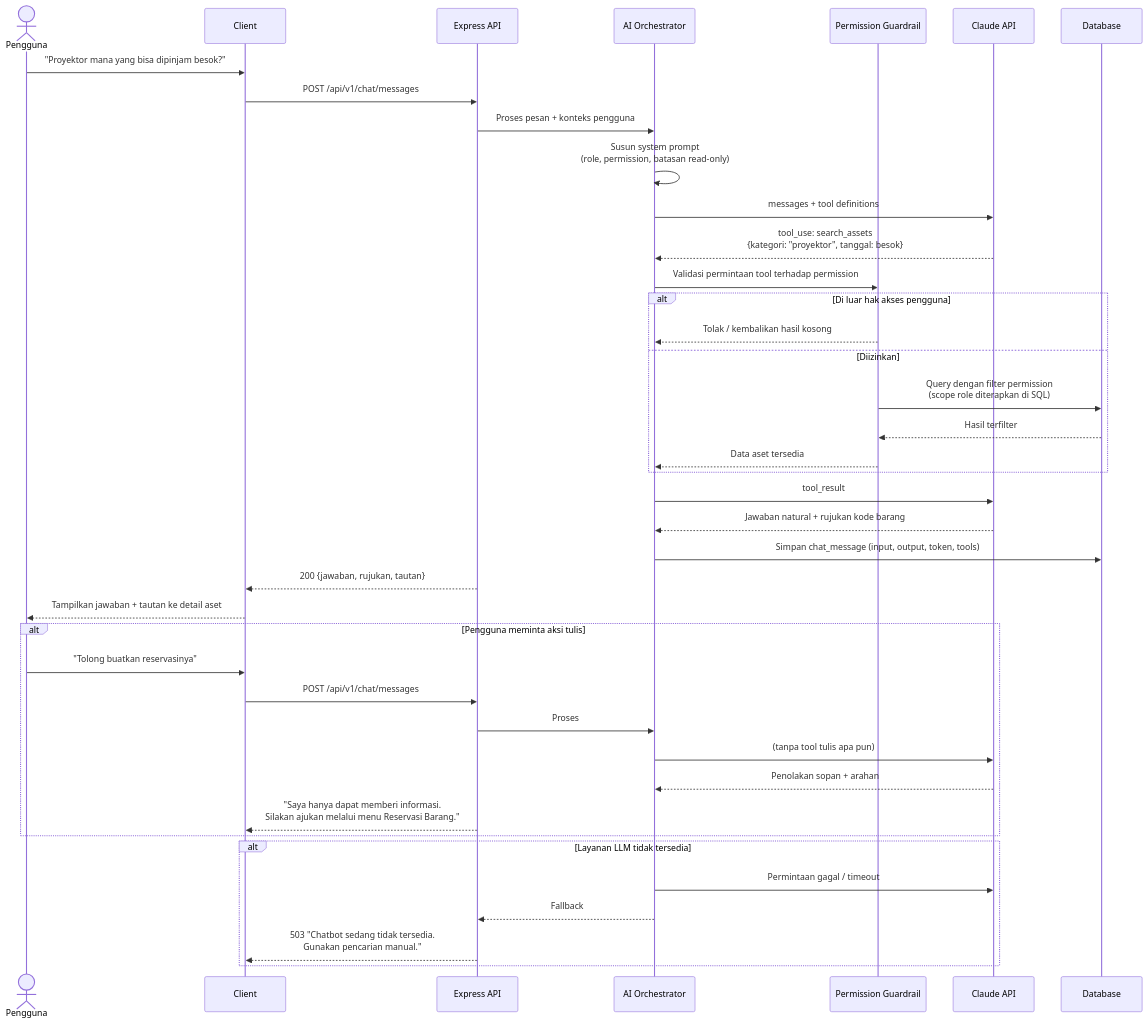
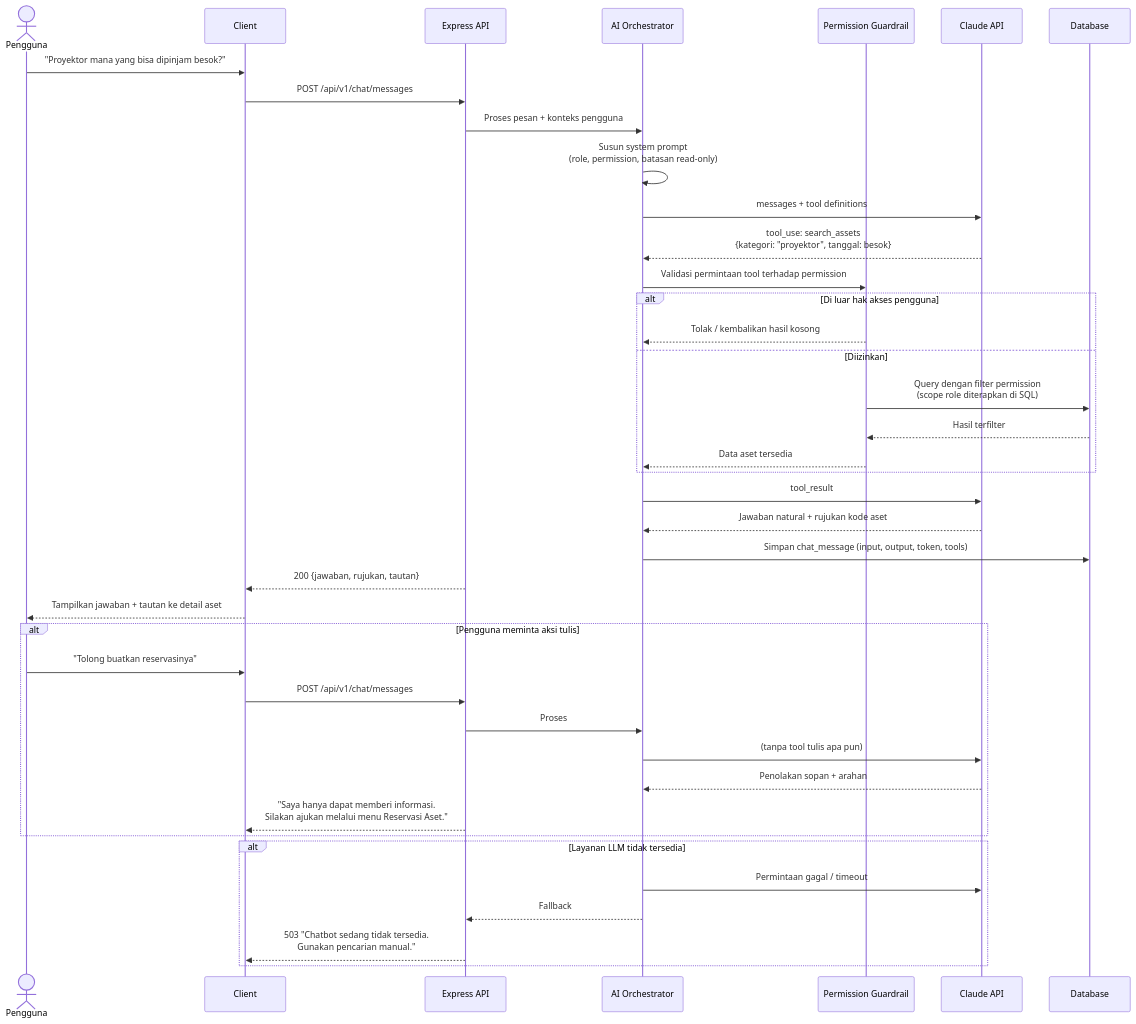
One commit to HanzzzBD/SIGM4 changed the diagram in docs/PRD/02-modules/m19-chatbot.md. Above: the diagram before and after it, drawn with Mermaid. The commit also changed other lines of this file and 79 other files, not shown here.

````diff
--- a/docs/PRD/02-modules/m19-chatbot.md
+++ b/docs/PRD/02-modules/m19-chatbot.md
@@ -29,47 +29,47 @@
 ```mermaid
 sequenceDiagram
     actor U as Pengguna
     participant C as Client
     participant API as Express API
     participant AI as AI Orchestrator
     participant GUARD as Permission Guardrail
     participant LLM as Claude API
     participant DB as Database
 
     U->>C: "Proyektor mana yang bisa dipinjam besok?"
     C->>API: POST /api/v1/chat/messages
     API->>AI: Proses pesan + konteks pengguna
     AI->>AI: Susun system prompt<br/>(role, permission, batasan read-only)
     AI->>LLM: messages + tool definitions
     LLM-->>AI: tool_use: search_assets<br/>{kategori: "proyektor", tanggal: besok}
 
     AI->>GUARD: Validasi permintaan tool terhadap permission
     alt Di luar hak akses pengguna
         GUARD-->>AI: Tolak / kembalikan hasil kosong
     else Diizinkan
         GUARD->>DB: Query dengan filter permission<br/>(scope role diterapkan di SQL)
         DB-->>GUARD: Hasil terfilter
         GUARD-->>AI: Data aset tersedia
     end
 
     AI->>LLM: tool_result
-    LLM-->>AI: Jawaban natural + rujukan kode barang
+    LLM-->>AI: Jawaban natural + rujukan kode aset
     AI->>DB: Simpan chat_message (input, output, token, tools)
     API-->>C: 200 {jawaban, rujukan, tautan}
     C-->>U: Tampilkan jawaban + tautan ke detail aset
 
     alt Pengguna meminta aksi tulis
         U->>C: "Tolong buatkan reservasinya"
         C->>API: POST /api/v1/chat/messages
         API->>AI: Proses
         AI->>LLM: (tanpa tool tulis apa pun)
         LLM-->>AI: Penolakan sopan + arahan
-        API-->>C: "Saya hanya dapat memberi informasi.<br/>Silakan ajukan melalui menu Reservasi Barang."
+        API-->>C: "Saya hanya dapat memberi informasi.<br/>Silakan ajukan melalui menu Reservasi Aset."
     end
 
     alt Layanan LLM tidak tersedia
         AI->>LLM: Permintaan gagal / timeout
         AI-->>API: Fallback
         API-->>C: 503 "Chatbot sedang tidak tersedia.<br/>Gunakan pencarian manual."
     end
 ```
````
